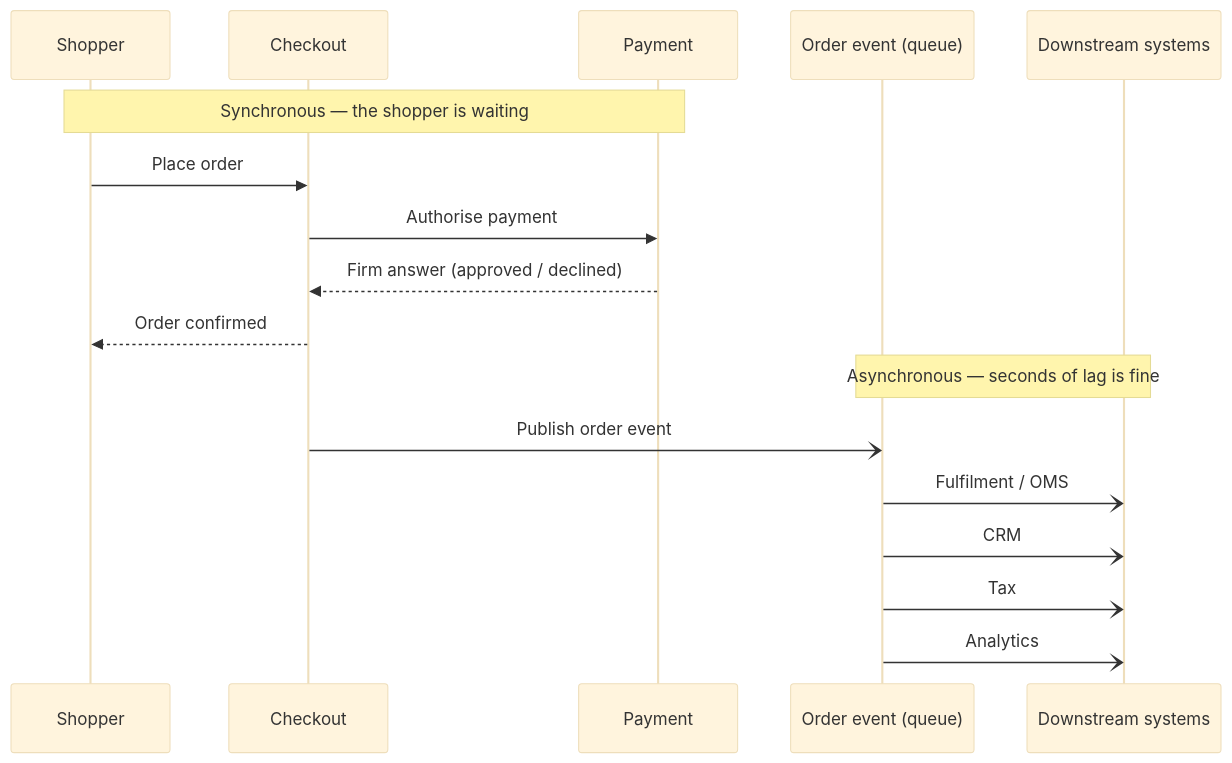
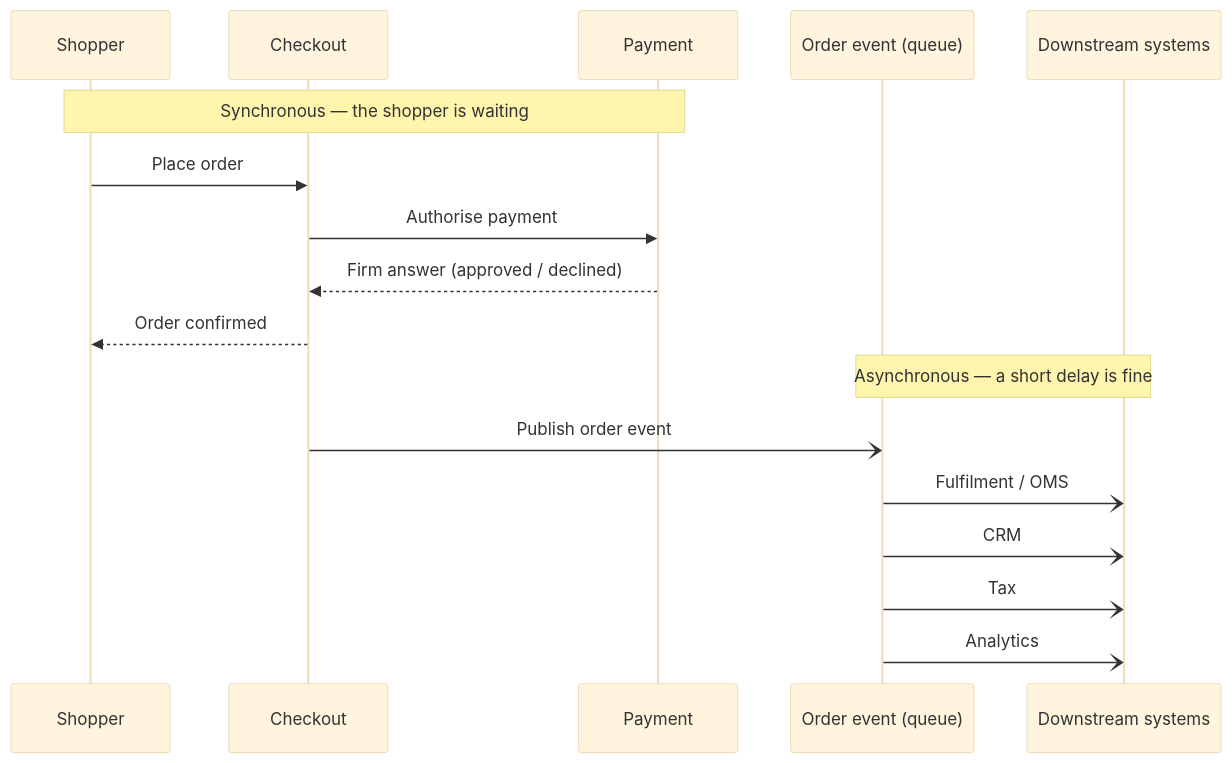
One commit to devmshuk/architect-site changed the diagram in content/studies/order-event-bus.md. Above: the diagram before and after it, drawn with Mermaid (base theme). The commit also changed other lines of this file and 9 other files, not shown here.

````diff
--- a/content/studies/order-event-bus.md
+++ b/content/studies/order-event-bus.md
@@ -46,21 +53,21 @@
 ```mermaid
 sequenceDiagram
     participant S as Shopper
     participant C as Checkout
     participant P as Payment
     participant Q as Order event (queue)
     participant D as Downstream systems
 
     Note over S,P: Synchronous — the shopper is waiting
     S->>C: Place order
     C->>P: Authorise payment
     P-->>C: Firm answer (approved / declined)
     C-->>S: Order confirmed
 
-    Note over Q,D: Asynchronous — seconds of lag is fine
+    Note over Q,D: Asynchronous — a short delay is fine
     C-)Q: Publish order event
     Q-)D: Fulfilment / OMS
     Q-)D: CRM
     Q-)D: Tax
     Q-)D: Analytics
 ```
````
